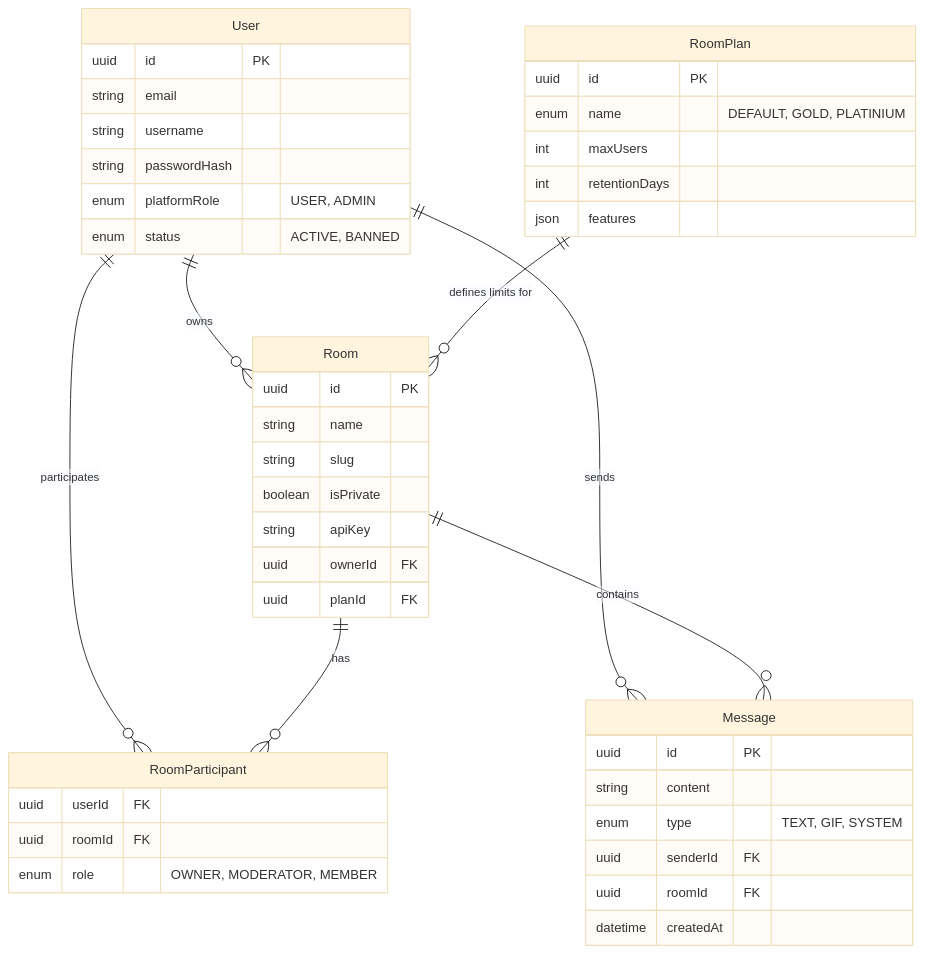
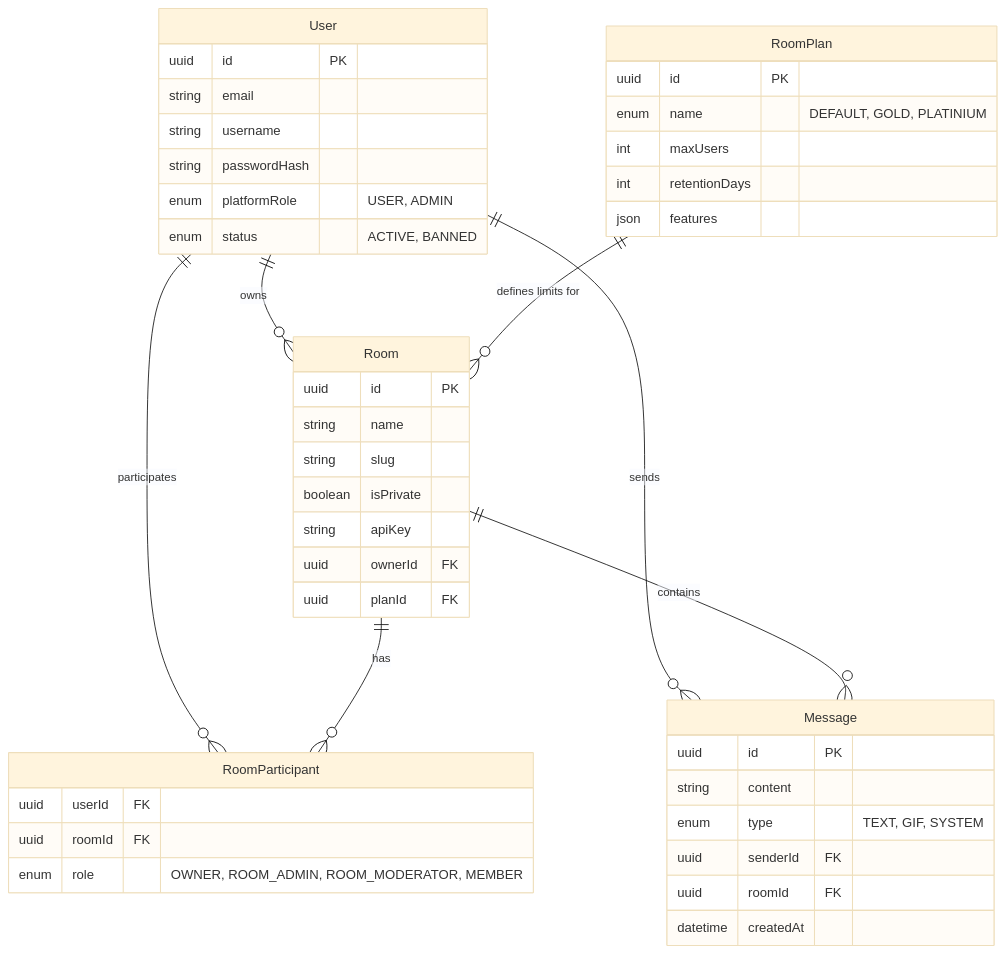
The second of 6 diagrams in README.md (zynpppozdmrr/ChatUZO_backend), drawn with Mermaid (base theme) before and after one commit. The commit also changed other lines of this file and 30 other files, not shown here.

````diff
--- a/README.md
+++ b/README.md
@@ -149,52 +149,52 @@
 ```mermaid
 erDiagram
     User ||--o{ Room : "owns"
     User ||--o{ RoomParticipant : "participates"
     User ||--o{ Message : "sends"
     
     RoomPlan ||--o{ Room : "defines limits for"
     Room ||--o{ RoomParticipant : "has"
     Room ||--o{ Message : "contains"
 
     User {
         uuid id PK
         string email
         string username
         string passwordHash
         enum platformRole "USER, ADMIN"
         enum status "ACTIVE, BANNED"
     }
 
     Room {
         uuid id PK
         string name
         string slug
         boolean isPrivate
         string apiKey
         uuid ownerId FK
         uuid planId FK
     }
 
     RoomPlan {
         uuid id PK
         enum name "DEFAULT, GOLD, PLATINIUM"
         int maxUsers
         int retentionDays
         json features
     }
 
     RoomParticipant {
         uuid userId FK
         uuid roomId FK
-        enum role "OWNER, MODERATOR, MEMBER"
+        enum role "OWNER, ROOM_ADMIN, ROOM_MODERATOR, MEMBER"
     }
 
     Message {
         uuid id PK
         string content
         enum type "TEXT, GIF, SYSTEM"
         uuid senderId FK
         uuid roomId FK
         datetime createdAt
     }
 ```
````
